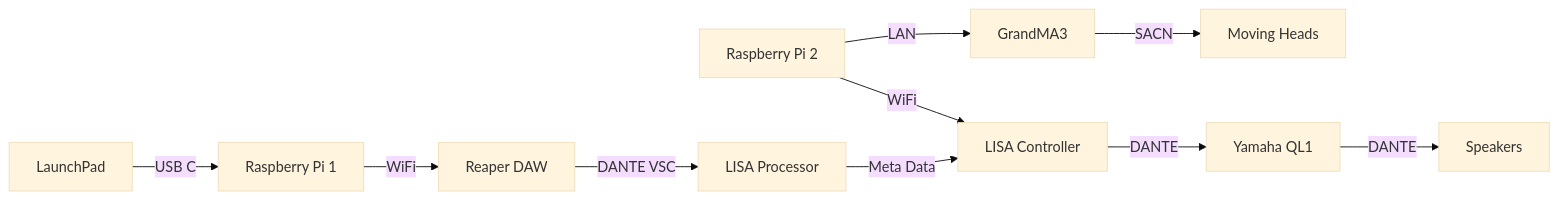
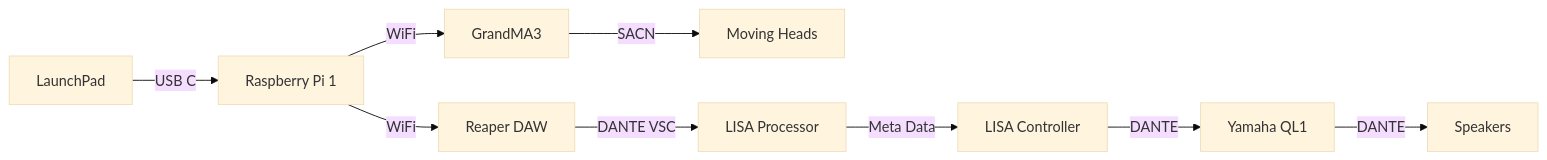
One commit to hugh-jessel/NYP-EGL314-MSP1 changed the diagram in POC/README.md. Above: the diagram before and after it, drawn with Mermaid (base theme).

````diff
--- a/POC/README.md
+++ b/POC/README.md
@@ -17,12 +17,11 @@
 ```mermaid
 graph LR
-A[Raspberry Pi 2] --LAN--> B[GrandMA3]
-A --WiFi--> H
-B --SACN--> C[Moving Heads]
+B[GrandMA3] --SACN--> C[Moving Heads]
 D[LaunchPad] --USB C--> E[Raspberry Pi 1]
+E --WiFi --> B
 E --WiFi--> F[Reaper DAW]
 F --DANTE VSC--> G[LISA Processor]
 G --Meta Data--> H[LISA Controller]
 H --DANTE--> I[Yamaha QL1]
 I --DANTE--> J[Speakers]
 ```
````
